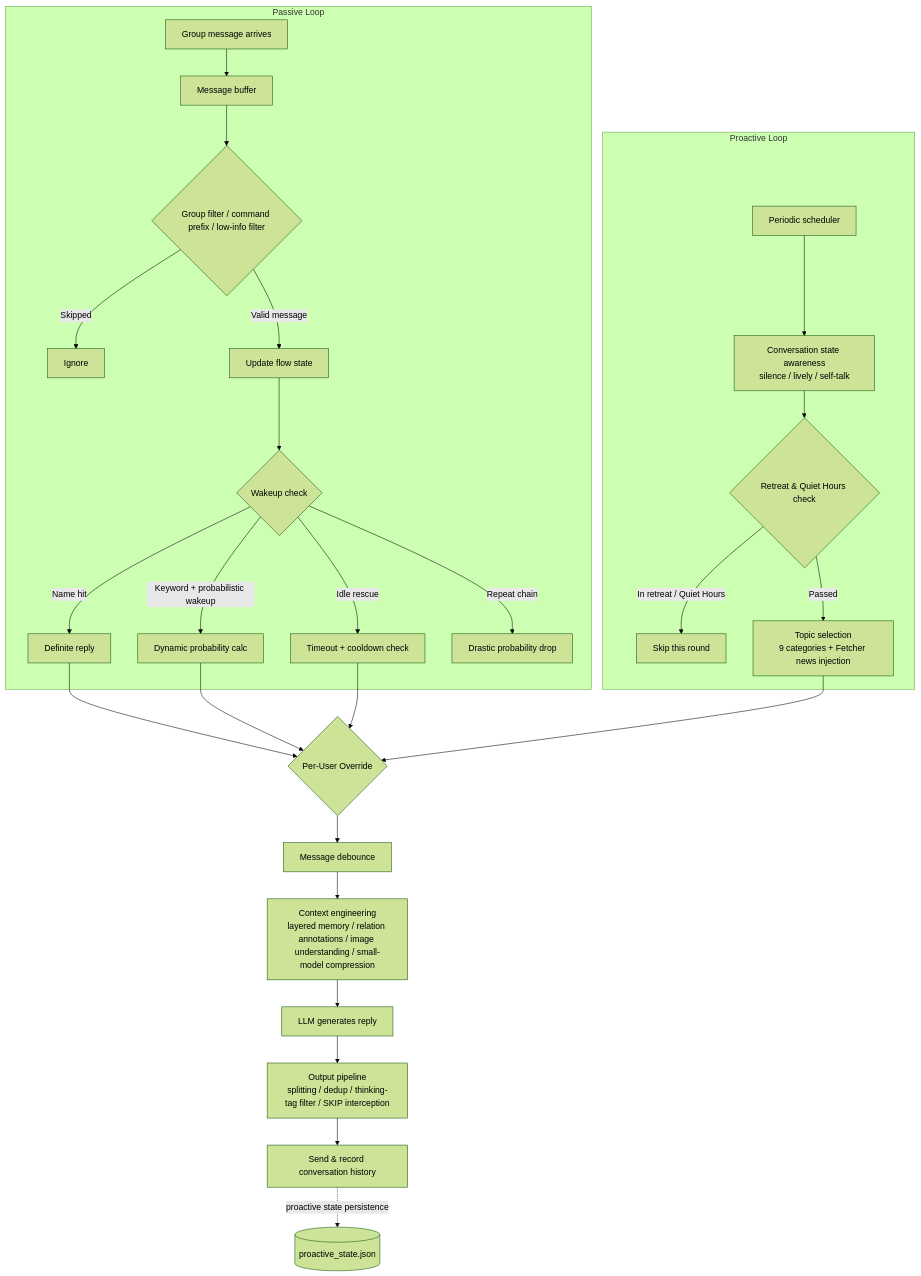
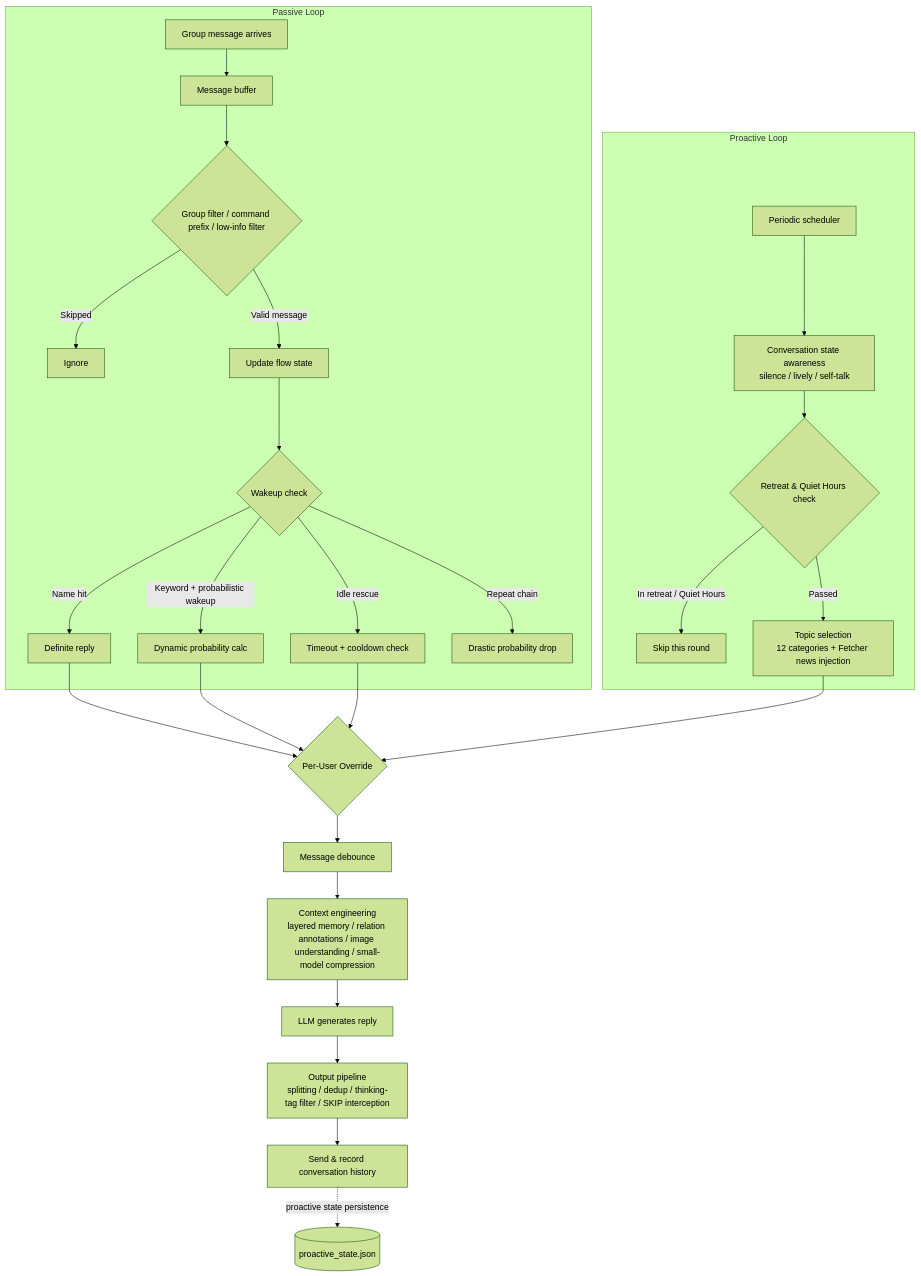
One commit to MagicalYuYu/astrbot_plugin_smart_wakeup changed the diagram in README_EN.md. Above: the diagram before and after it, drawn with Mermaid (forest theme). The commit also changed other lines of this file and 11 other files, not shown here.

````diff
--- a/README_EN.md
+++ b/README_EN.md
@@ -294,27 +294,27 @@
 ```mermaid
 flowchart TD
     subgraph Passive Loop
         A[Group message arrives] --> B[Message buffer]
         B --> C{Group filter / command prefix / low-info filter}
         C -->|Skipped| D[Ignore]
         C -->|Valid message| E[Update flow state]
         E --> F{Wakeup check}
         F -->|Name hit| G[Definite reply]
         F -->|Keyword + probabilistic wakeup| H[Dynamic probability calc]
         F -->|Idle rescue| I[Timeout + cooldown check]
         F -->|Repeat chain| J[Drastic probability drop]
     end
     subgraph Proactive Loop
         K[Periodic scheduler] --> L[Conversation state awareness<br/>silence / lively / self-talk]
         L --> M{Retreat & Quiet Hours check}
         M -->|In retreat / Quiet Hours| N[Skip this round]
-        M -->|Passed| O[Topic selection<br/>9 categories + Fetcher news injection]
+        M -->|Passed| O[Topic selection<br/>12 categories + Fetcher news injection]
     end
     G & H & I & O --> P{Per-User Override}
     P --> Q[Message debounce]
     Q --> R[Context engineering<br/>layered memory / relation annotations / image understanding / small-model compression]
     R --> S[LLM generates reply]
     S --> T[Output pipeline<br/>splitting / dedup / thinking-tag filter / SKIP interception]
     T --> U[Send & record conversation history]
     U -.proactive state persistence.-> V[(proactive_state.json)]
 ```
````
